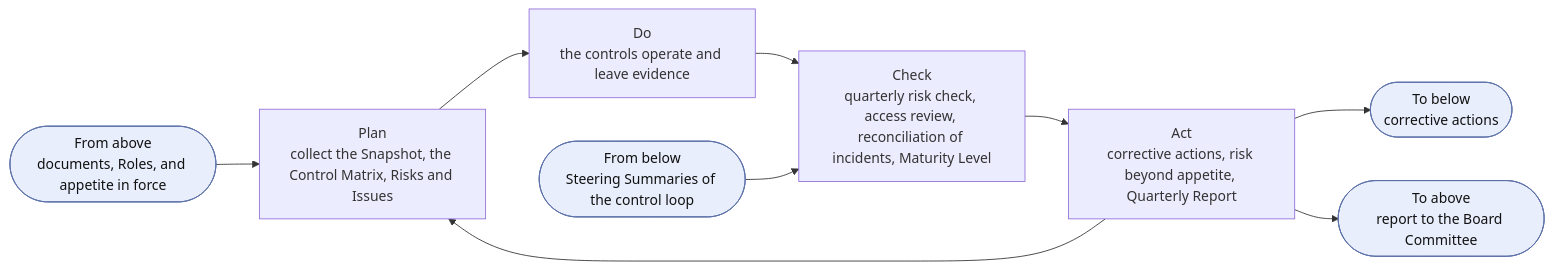
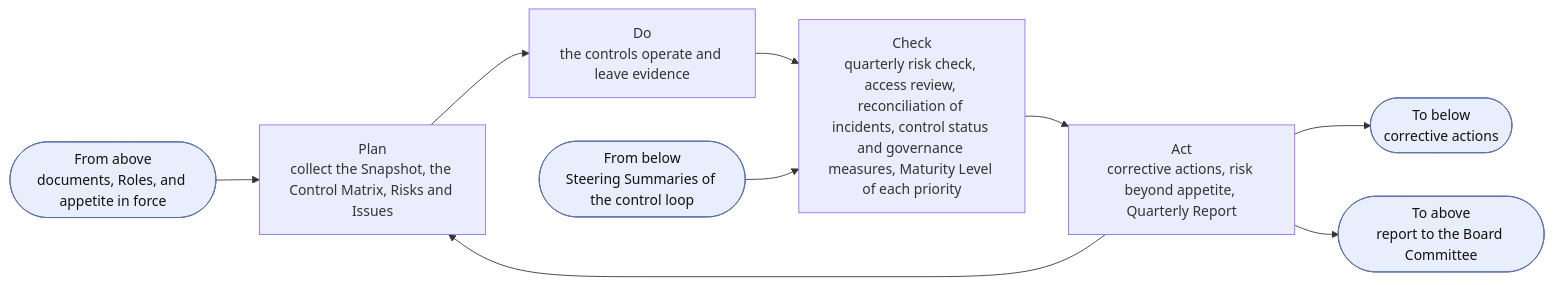
The third of 8 diagrams in charter/documents/operating-model.md (devhogu/ob-aicc), drawn with Mermaid before and after one commit. The commit also changed other lines of this file and 455 other files, not shown here.

First line of the commit message:
Charter and Registry at revision 2.0: the documents carry what the portal states by intent (DR-2026-062)

````diff
--- a/charter/documents/operating-model.md
+++ b/charter/documents/operating-model.md
@@ -177,9 +185,9 @@
 ```mermaid
 flowchart LR
   IN(["From above<br/>documents, Roles, and appetite in force"]):::iface --> P
-  P["Plan<br/>collect the Snapshot, the Control Matrix, Risks and Issues"] --> D["Do<br/>the controls operate and leave evidence"] --> C["Check<br/>quarterly risk check, access review, reconciliation of incidents, Maturity Level"] --> A["Act<br/>corrective actions, risk beyond appetite, Quarterly Report"] --> P
+  P["Plan<br/>collect the Snapshot, the Control Matrix, Risks and Issues"] --> D["Do<br/>the controls operate and leave evidence"] --> C["Check<br/>quarterly risk check, access review, reconciliation of incidents, control status and governance measures, Maturity Level of each priority"] --> A["Act<br/>corrective actions, risk beyond appetite, Quarterly Report"] --> P
   EV(["From below<br/>Steering Summaries of the control loop"]):::iface --> C
   A --> OUT(["To below<br/>corrective actions"]):::iface
   A --> UP(["To above<br/>report to the Board Committee"]):::iface
   classDef iface fill:#e8eefc,stroke:#5a6fa8,color:#111
 ```
````
